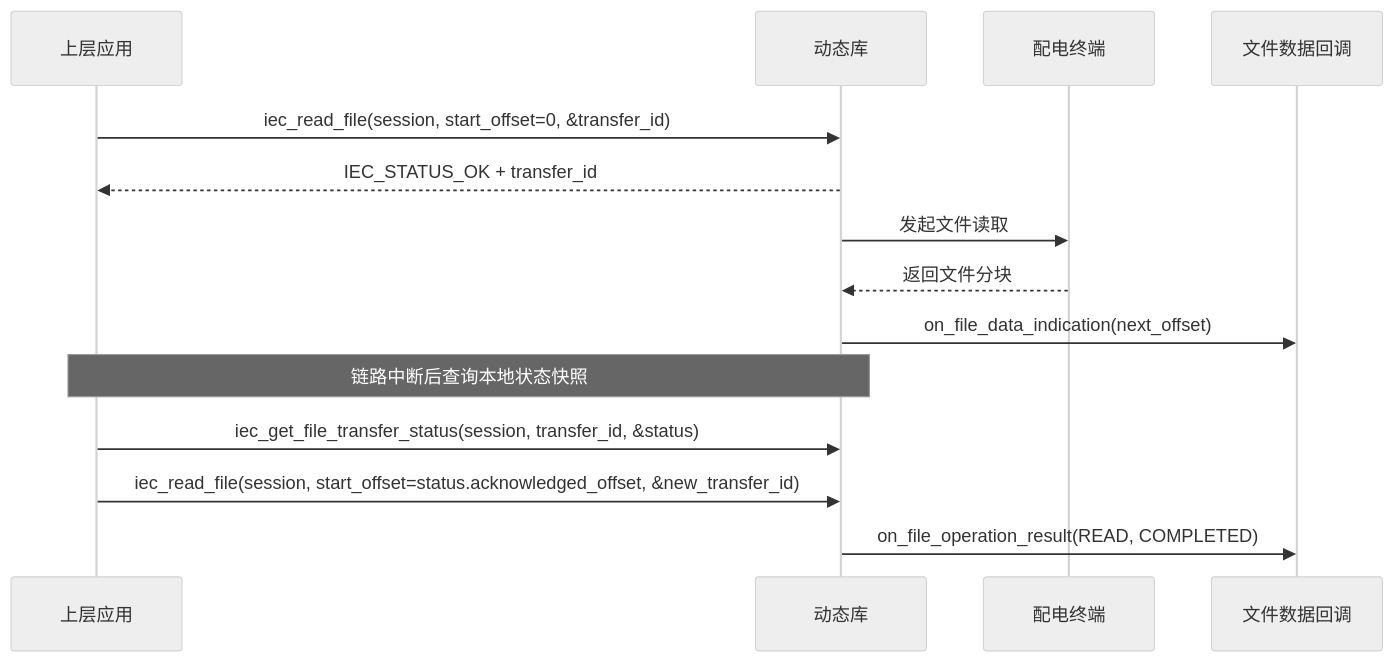
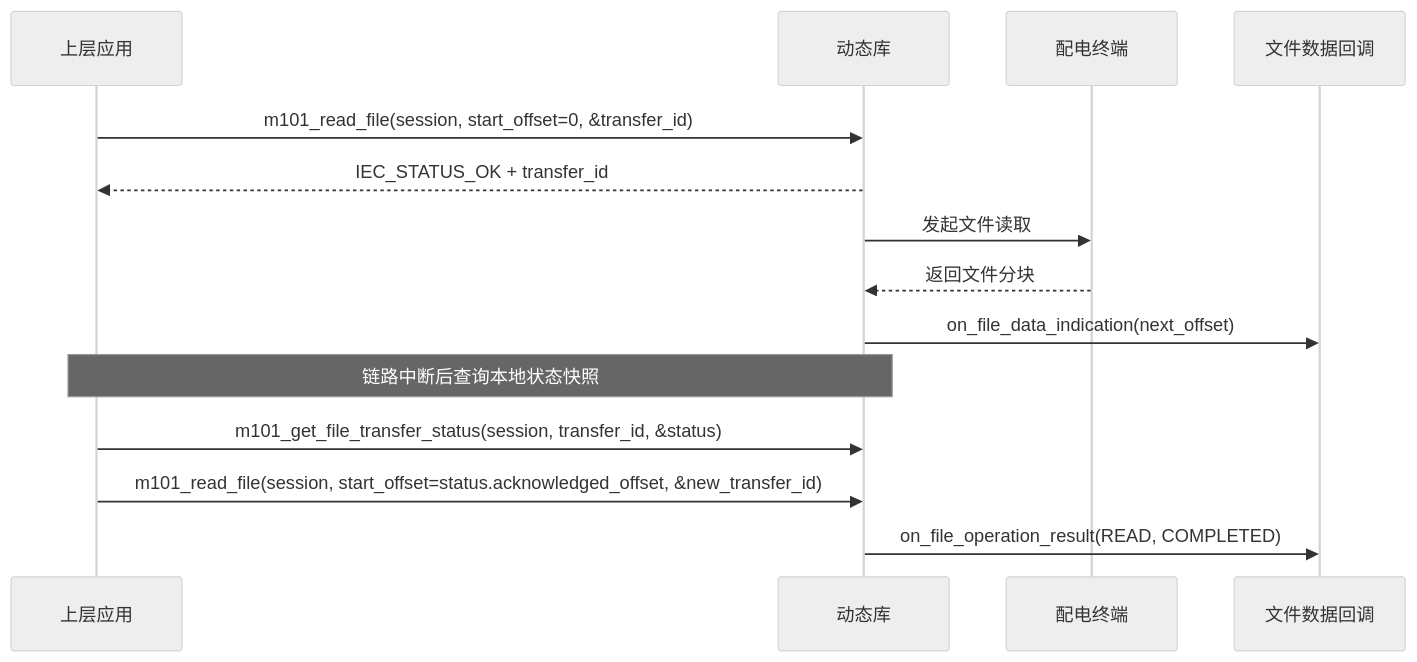
Diagram 11 of 12 in doc/api/dtu_unified_maintenance_sdk_api_design.md (CcooLcyy/gw-protocol-sdk), drawn with Mermaid (neutral theme) before and after one commit. The commit also changed other lines of this file and 2 other files, not shown here.

````diff
--- a/doc/api/dtu_unified_maintenance_sdk_api_design.md
+++ b/doc/api/dtu_unified_maintenance_sdk_api_design.md
@@ -2080,17 +1923,17 @@
 ```mermaid
 sequenceDiagram
     participant 应用 as 上层应用
     participant 库 as 动态库
     participant 终端 as 配电终端
     participant 回调 as 文件数据回调
 
-    应用->>库: iec_read_file(session, start_offset=0, &transfer_id)
+    应用->>库: m101_read_file(session, start_offset=0, &transfer_id)
     库-->>应用: IEC_STATUS_OK + transfer_id
     库->>终端: 发起文件读取
     终端-->>库: 返回文件分块
     库->>回调: on_file_data_indication(next_offset)
     Note over 应用,库: 链路中断后查询本地状态快照
-    应用->>库: iec_get_file_transfer_status(session, transfer_id, &status)
-    应用->>库: iec_read_file(session, start_offset=status.acknowledged_offset, &new_transfer_id)
+    应用->>库: m101_get_file_transfer_status(session, transfer_id, &status)
+    应用->>库: m101_read_file(session, start_offset=status.acknowledged_offset, &new_transfer_id)
     库->>回调: on_file_operation_result(READ, COMPLETED)
 ```
````
